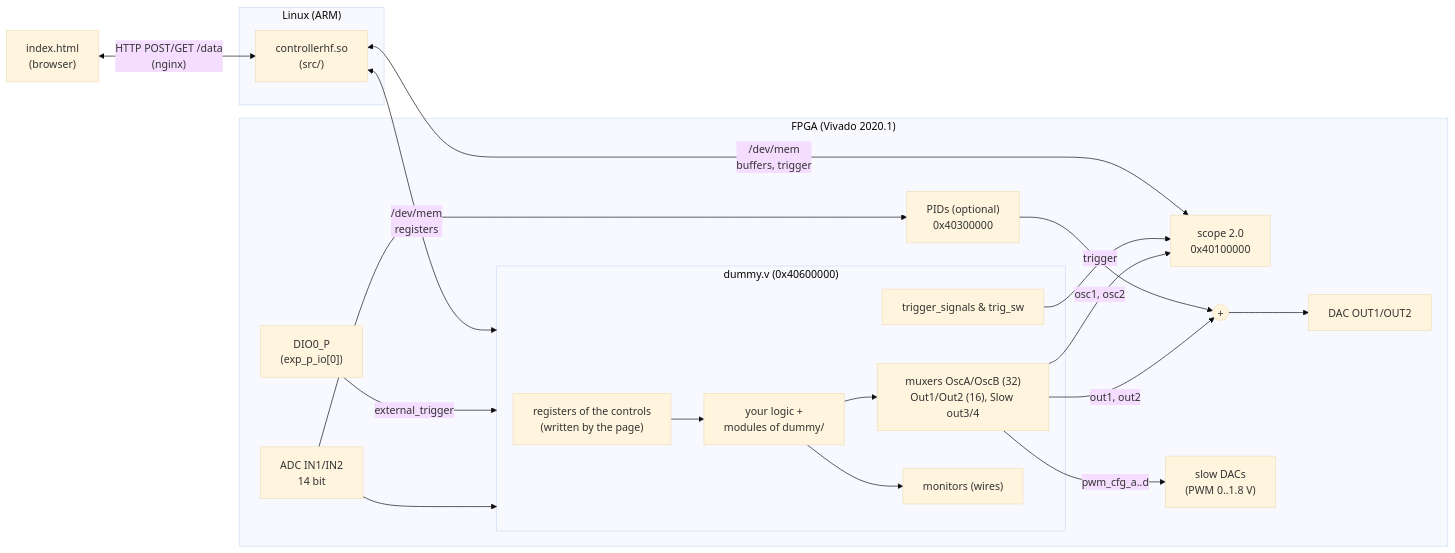
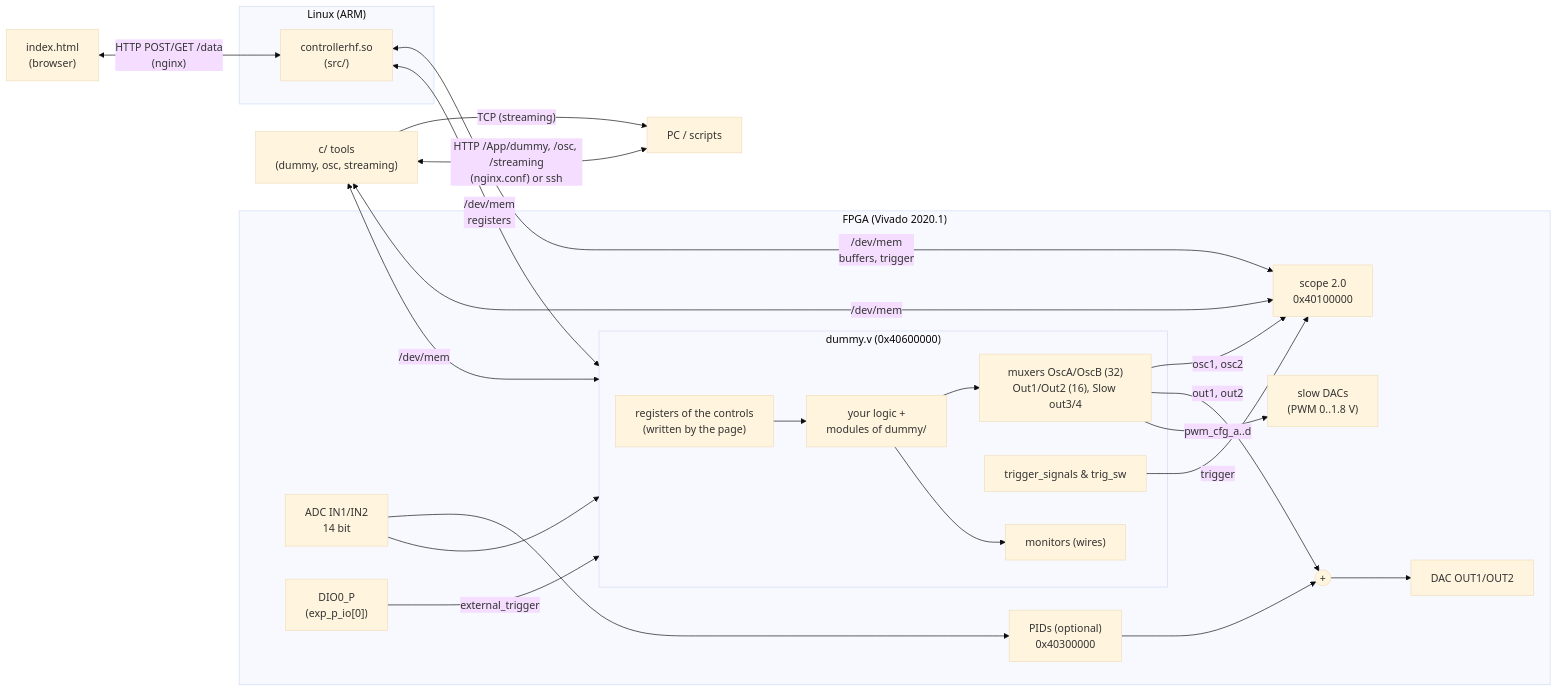
The diagram in doc/App.md (marceluda/rp_dummy2), drawn with Mermaid (base theme) before and after one commit. The commit also changed other lines of this file and 42 other files, not shown here.

````diff
--- a/doc/App.md
+++ b/doc/App.md
@@ -30,29 +37,33 @@
 ```mermaid
 flowchart LR
     subgraph FPGA["FPGA (Vivado 2020.1)"]
         ADC["ADC IN1/IN2<br/>14 bit"] --> DUMMY
         DIO0["DIO0_P<br/>(exp_p_io[0])"] -- external_trigger --> DUMMY
         subgraph DUMMY["dummy.v (0x40600000)"]
             REGS["registers of the controls<br/>(written by the page)"]
             LOGIC["your logic +<br/>modules of dummy/"]
             MUXS["muxers OscA/OscB (32)<br/>Out1/Out2 (16), Slow out3/4"]
             EXT["trigger_signals & trig_sw"]
             MON["monitors (wires)"]
             REGS --> LOGIC --> MUXS
             LOGIC --> MON
         end
         MUXS -- "osc1, osc2" --> SCOPE["scope 2.0<br/>0x40100000"]
         EXT -- trigger --> SCOPE
         MUXS -- "out1, out2" --> SUM(("+"))
         PID["PIDs (optional)<br/>0x40300000"] --> SUM
         ADC --> PID
         SUM --> DAC["DAC OUT1/OUT2"]
         MUXS -- "pwm_cfg_a..d" --> PWM["slow DACs<br/>(PWM 0..1.8 V)"]
     end
     subgraph CPU["Linux (ARM)"]
         C["controllerhf.so<br/>(src/)"]
     end
     C <-- "/dev/mem<br/>registers" --> DUMMY
     C <-- "/dev/mem<br/>buffers, trigger" --> SCOPE
+    TOOLS["c/ tools<br/>(dummy, osc, streaming)"] <-- "/dev/mem" --> DUMMY
+    TOOLS <-- "/dev/mem" --> SCOPE
+    PC["PC / scripts"] <-- "HTTP /App/dummy, /osc, /streaming<br/>(nginx.conf) or ssh" --> TOOLS
+    TOOLS -- "TCP (streaming)" --> PC
     WEB["index.html<br/>(browser)"] <-- "HTTP POST/GET /data<br/>(nginx)" --> C
 ```
````
